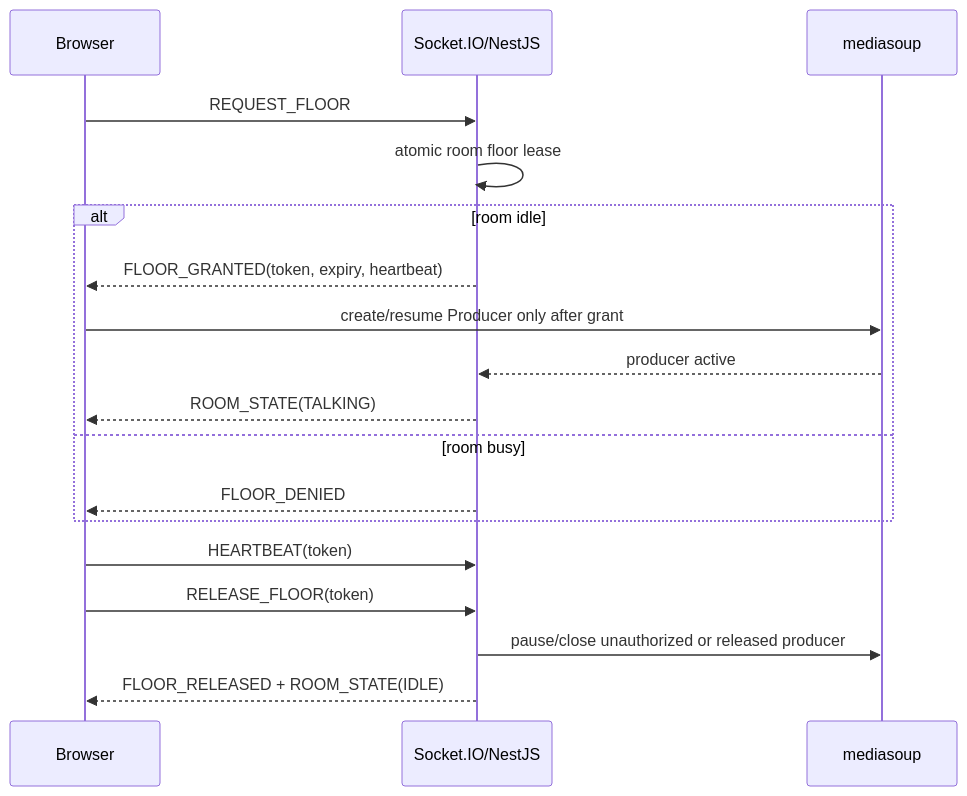
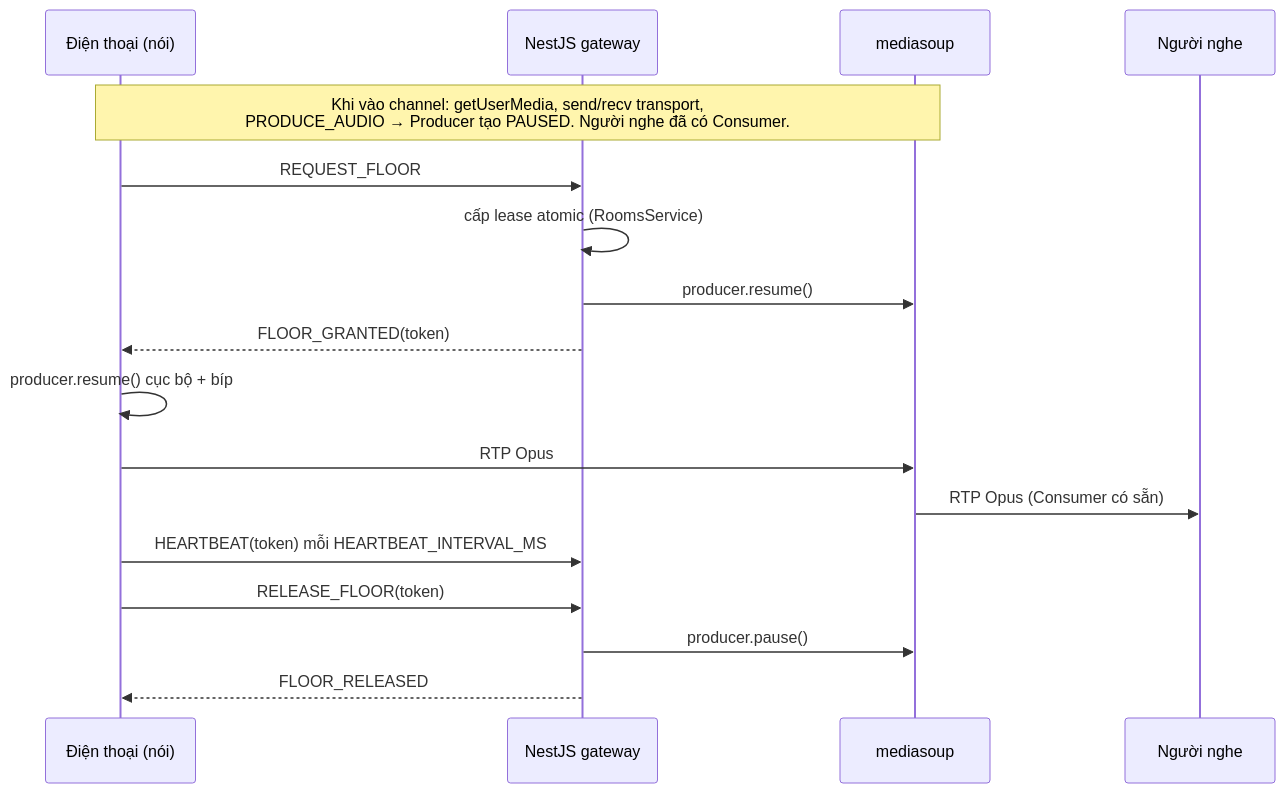
One commit to mpc-ou/two-way-radio changed the second of 2 diagrams in MPC_VoiceLink_Architecture.md. Above: the diagram before and after it, drawn with Mermaid. The commit also changed other lines of this file and 72 other files, not shown here.

````diff
--- a/MPC_VoiceLink_Architecture.md
+++ b/MPC_VoiceLink_Architecture.md
@@ -56,21 +49,20 @@
 ```mermaid
 sequenceDiagram
-  participant W as Browser
-  participant S as Socket.IO/NestJS
+  participant P as Điện thoại (nói)
+  participant S as NestJS gateway
   participant M as mediasoup
+  participant L as Người nghe
 
-  W->>S: REQUEST_FLOOR
-  S->>S: atomic room floor lease
-  alt room idle
-    S-->>W: FLOOR_GRANTED(token, expiry, heartbeat)
-    W->>M: create/resume Producer only after grant
-    M-->>S: producer active
-    S-->>W: ROOM_STATE(TALKING)
-  else room busy
-    S-->>W: FLOOR_DENIED
-  end
-  W->>S: HEARTBEAT(token)
-  W->>S: RELEASE_FLOOR(token)
-  S->>M: pause/close unauthorized or released producer
-  S-->>W: FLOOR_RELEASED + ROOM_STATE(IDLE)
+  Note over P,M: Khi vào channel: getUserMedia, send/recv transport,<br/>PRODUCE_AUDIO → Producer tạo PAUSED. Người nghe đã có Consumer.
+  P->>S: REQUEST_FLOOR
+  S->>S: cấp lease atomic (RoomsService)
+  S->>M: producer.resume()
+  S-->>P: FLOOR_GRANTED(token)
+  P->>P: producer.resume() cục bộ + bíp
+  P->>M: RTP Opus
+  M->>L: RTP Opus (Consumer có sẵn)
+  P->>S: HEARTBEAT(token) mỗi HEARTBEAT_INTERVAL_MS
+  P->>S: RELEASE_FLOOR(token)
+  S->>M: producer.pause()
+  S-->>P: FLOOR_RELEASED
 ```
````
